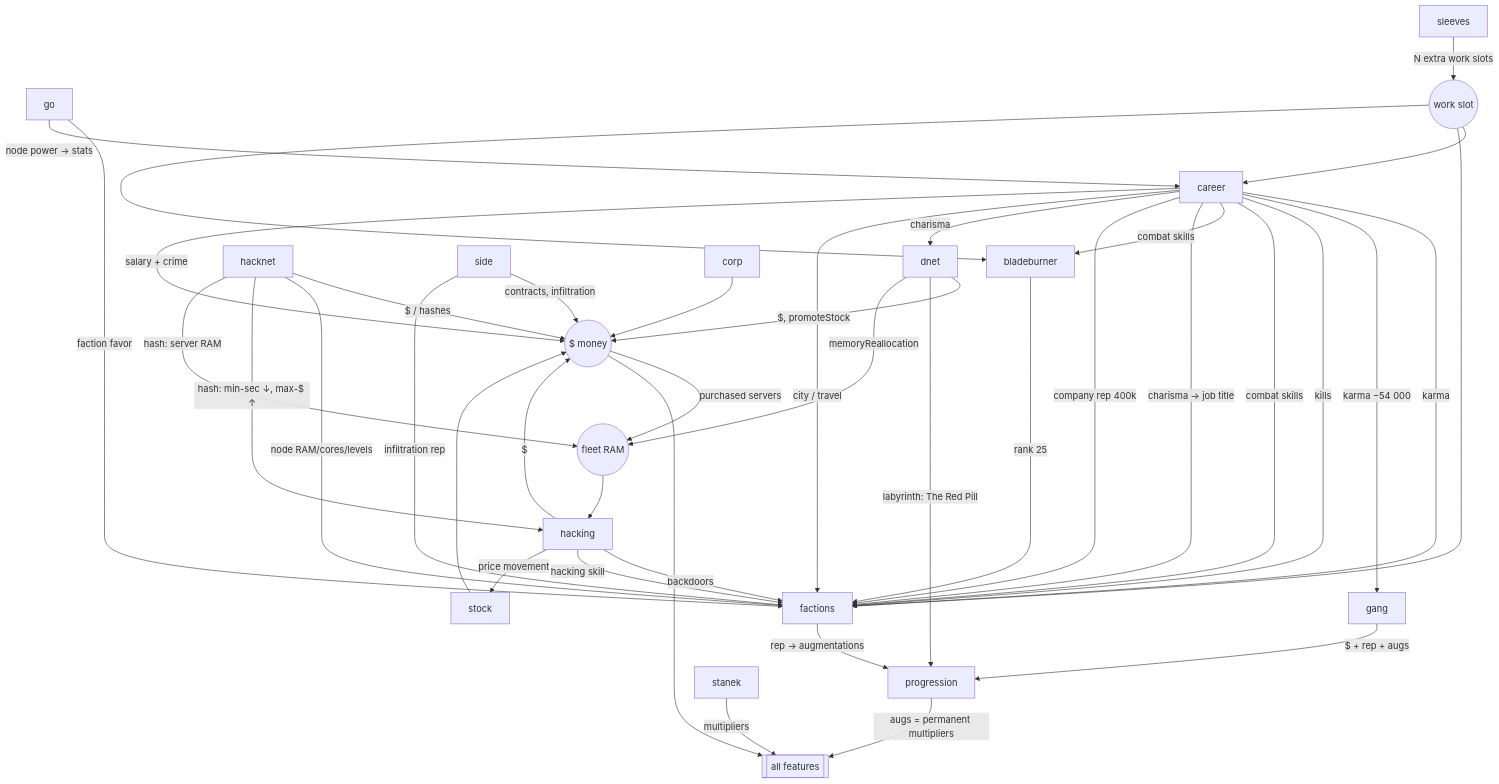
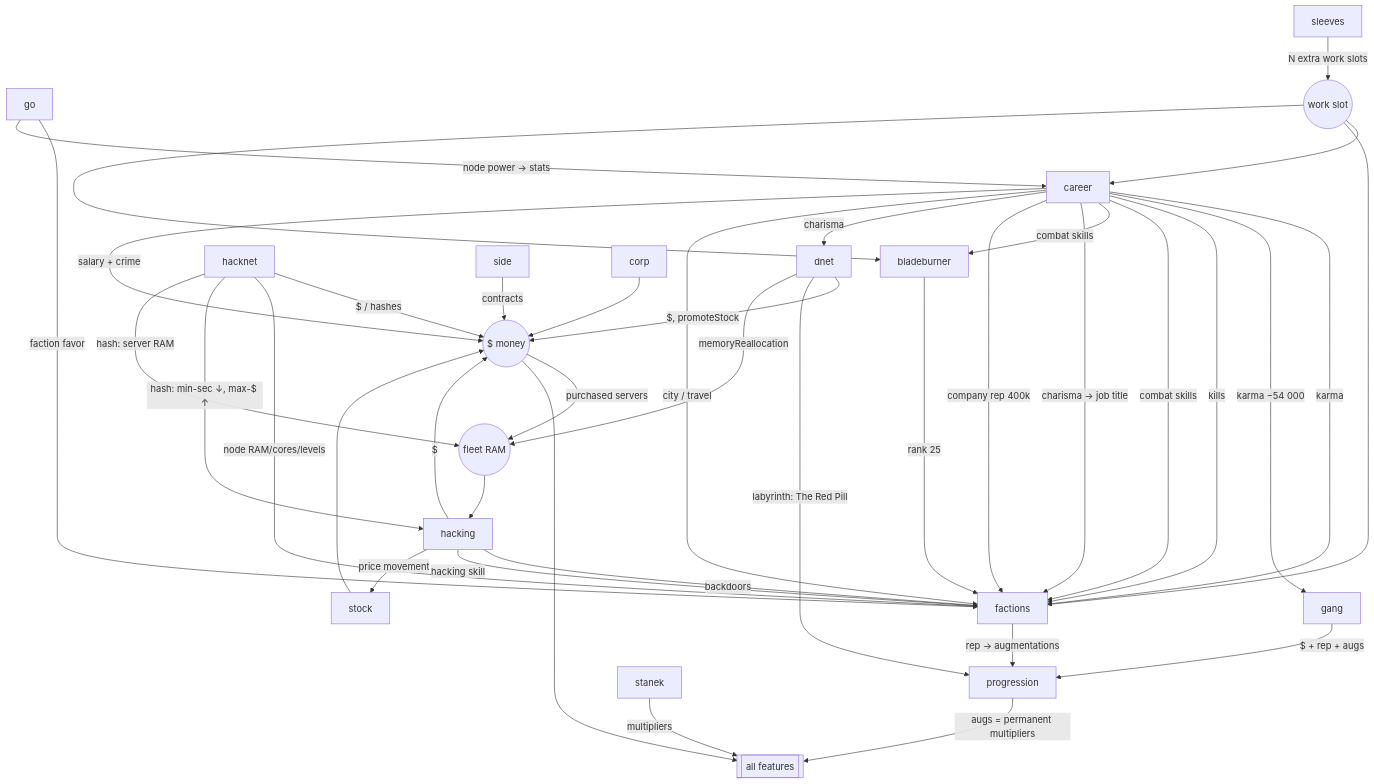
Before and after one commit to nobody0/bitburner-scripts: the second of 2 diagrams in spec/strategy/graph.md, drawn with Mermaid. The commit also changed other lines of this file and 211 other files, not shown here.

````diff
--- a/spec/strategy/graph.md
+++ b/spec/strategy/graph.md
@@ -79,46 +79,45 @@
 ```mermaid
 graph TD
   career -->|karma| factions
   career -->|karma −54 000| gang
   career -->|kills| factions
   career -->|combat skills| factions
   career -->|combat skills| bladeburner
   career -->|charisma → job title| factions
   career -->|company rep 400k| factions
   career -->|charisma| dnet
   career -->|city / travel| factions
   career -->|salary + crime| MONEY(($ money))
 
   hacking -->|backdoors| factions
   hacking -->|hacking skill| factions
   hacking -->|$| MONEY
   hacking -->|price movement| stock
 
   hacknet -->|$ / hashes| MONEY
   hacknet -->|node RAM/cores/levels| factions
   hacknet -->|"hash: min-sec ↓, max-$ ↑"| hacking
   hacknet -->|hash: server RAM| RAM((fleet RAM))
 
-  side -->|contracts, infiltration| MONEY
-  side -->|infiltration rep| factions
+  side -->|contracts| MONEY
   bladeburner -->|rank 25| factions
   go -->|faction favor| factions
   go -->|node power → stats| career
   gang -->|$ + rep + augs| progression
   stanek -->|multipliers| ALL[[all features]]
   corp --> MONEY
   stock --> MONEY
   dnet -->|"$, promoteStock"| MONEY
   dnet -->|"labyrinth: The Red Pill"| progression
   dnet -->|memoryReallocation| RAM
 
   factions -->|rep → augmentations| progression
   MONEY -->|purchased servers| RAM
   RAM --> hacking
   MONEY --> ALL
   progression -->|augs = permanent multipliers| ALL
   sleeves -->|N extra work slots| WORK((work slot))
   WORK --> career
   WORK --> factions
   WORK --> bladeburner
 ```
````
